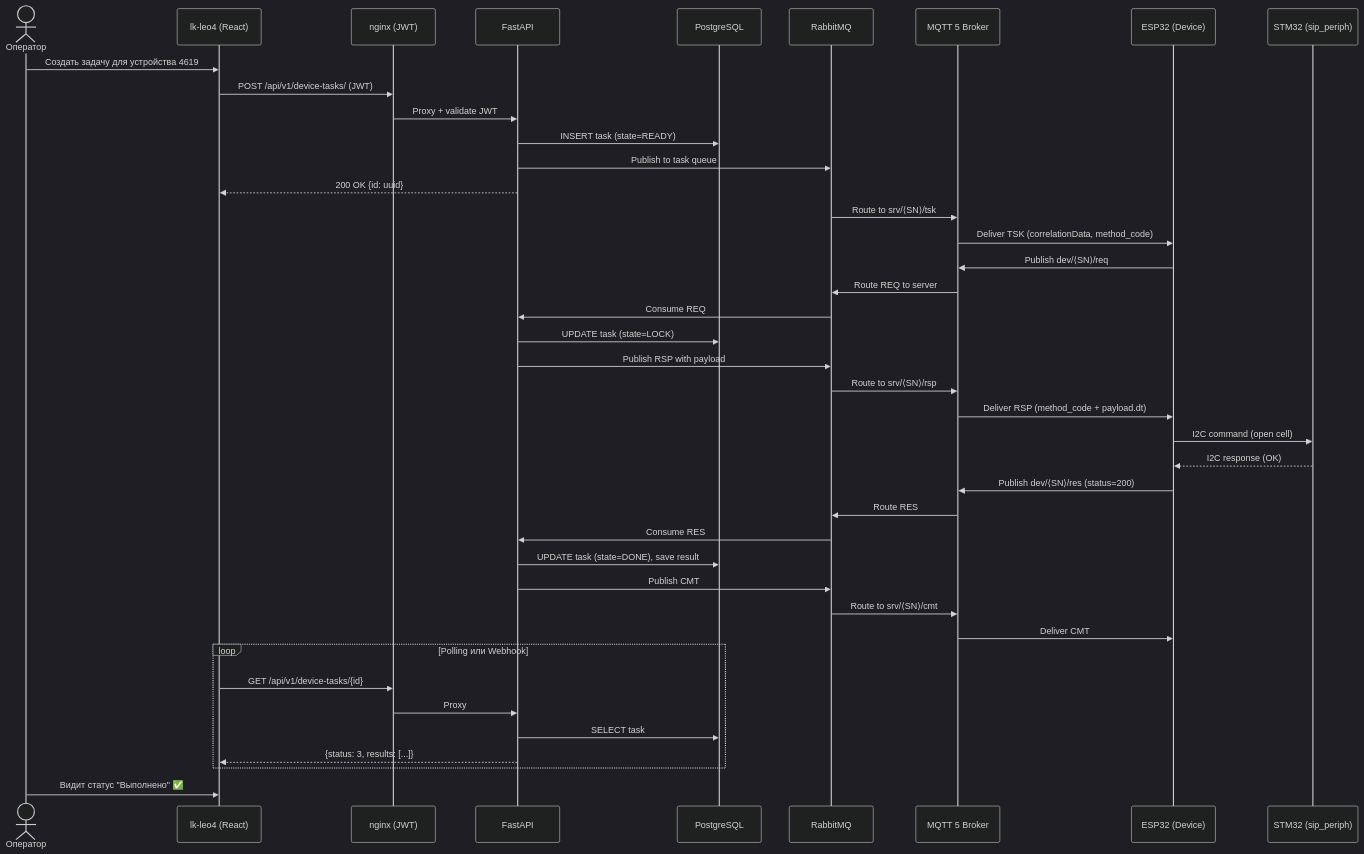
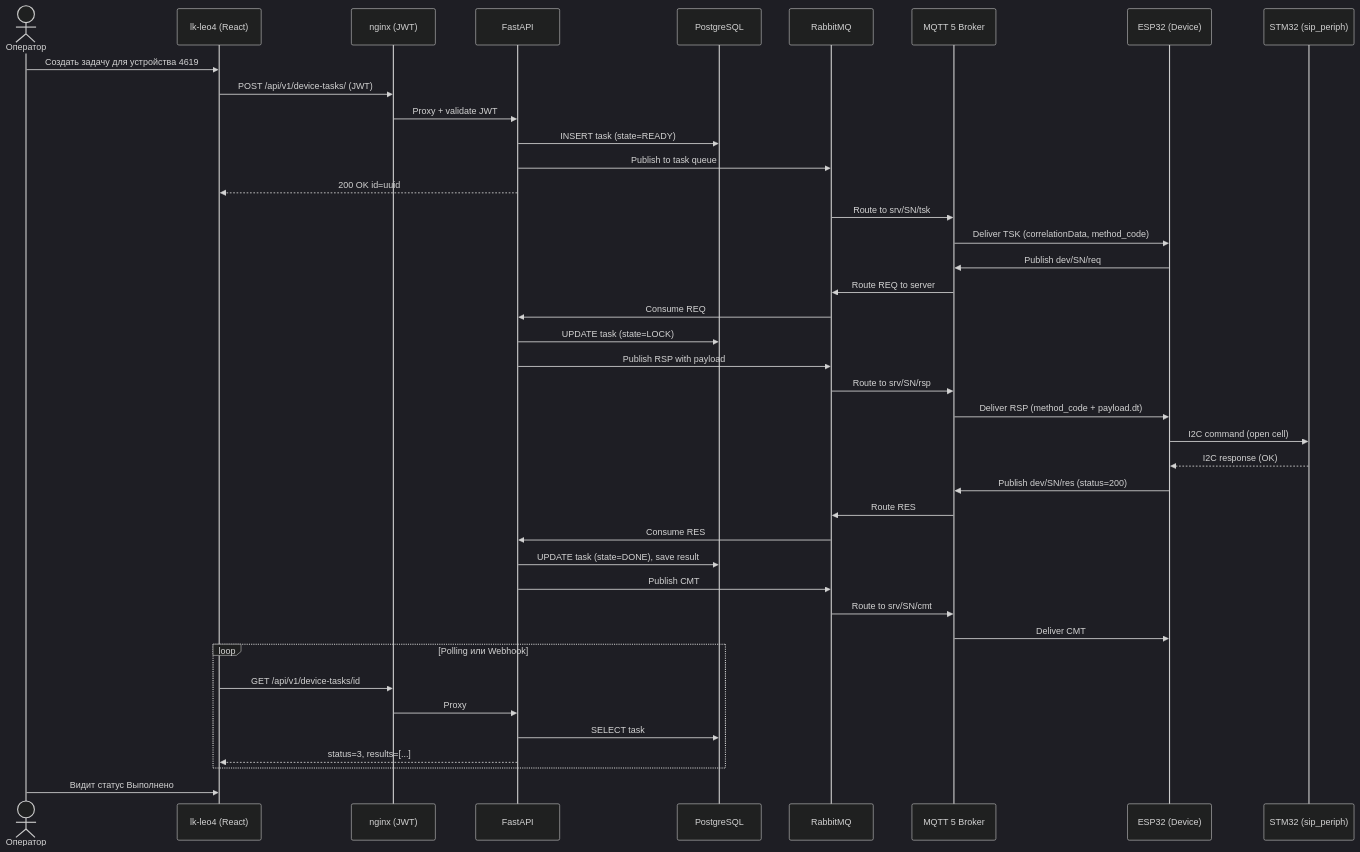
The eighth of 8 diagrams in docs/solution-presentation.md (OlegLebedevRU/iot-rpc-rest-app), drawn with Mermaid (dark theme) before and after one commit. The commit also changed other lines of this file, not shown here.

First line of the commit message:
docs: fix Mermaid/GitHub UI compatibility issues in solution-presentation.md

````diff
--- a/docs/solution-presentation.md
+++ b/docs/solution-presentation.md
@@ -493,49 +497,49 @@
 ```mermaid
 sequenceDiagram
     actor User as Оператор
     participant LK as lk-leo4 (React)
     participant NGINX as nginx (JWT)
     participant API as FastAPI
     participant PG as PostgreSQL
     participant RMQ as RabbitMQ
     participant MQTT as MQTT 5 Broker
     participant ESP as ESP32 (Device)
     participant STM as STM32 (sip_periph)
 
     User->>LK: Создать задачу для устройства 4619
     LK->>NGINX: POST /api/v1/device-tasks/ (JWT)
     NGINX->>API: Proxy + validate JWT
     API->>PG: INSERT task (state=READY)
     API->>RMQ: Publish to task queue
-    API-->>LK: 200 OK {id: uuid}
+    API-->>LK: 200 OK id=uuid
 
-    RMQ->>MQTT: Route to srv/⟨SN⟩/tsk
+    RMQ->>MQTT: Route to srv/SN/tsk
     MQTT->>ESP: Deliver TSK (correlationData, method_code)
-    ESP->>MQTT: Publish dev/⟨SN⟩/req
+    ESP->>MQTT: Publish dev/SN/req
     MQTT->>RMQ: Route REQ to server
     RMQ->>API: Consume REQ
     API->>PG: UPDATE task (state=LOCK)
     API->>RMQ: Publish RSP with payload
-    RMQ->>MQTT: Route to srv/⟨SN⟩/rsp
+    RMQ->>MQTT: Route to srv/SN/rsp
     MQTT->>ESP: Deliver RSP (method_code + payload.dt)
 
     ESP->>STM: I2C command (open cell)
     STM-->>ESP: I2C response (OK)
 
-    ESP->>MQTT: Publish dev/⟨SN⟩/res (status=200)
+    ESP->>MQTT: Publish dev/SN/res (status=200)
     MQTT->>RMQ: Route RES
     RMQ->>API: Consume RES
     API->>PG: UPDATE task (state=DONE), save result
     API->>RMQ: Publish CMT
-    RMQ->>MQTT: Route to srv/⟨SN⟩/cmt
+    RMQ->>MQTT: Route to srv/SN/cmt
     MQTT->>ESP: Deliver CMT
 
     loop Polling или Webhook
-        LK->>NGINX: GET /api/v1/device-tasks/{id}
+        LK->>NGINX: GET /api/v1/device-tasks/id
         NGINX->>API: Proxy
         API->>PG: SELECT task
-        API-->>LK: {status: 3, results: [...]}
+        API-->>LK: status=3, results=[...]
     end
 
-    User->>LK: Видит статус "Выполнено" ✅
+    User->>LK: Видит статус Выполнено
 ```
````
